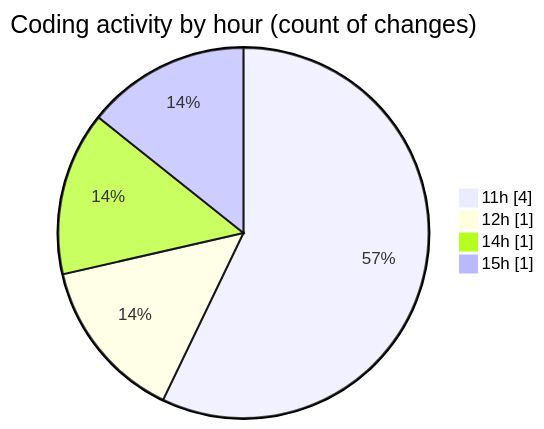
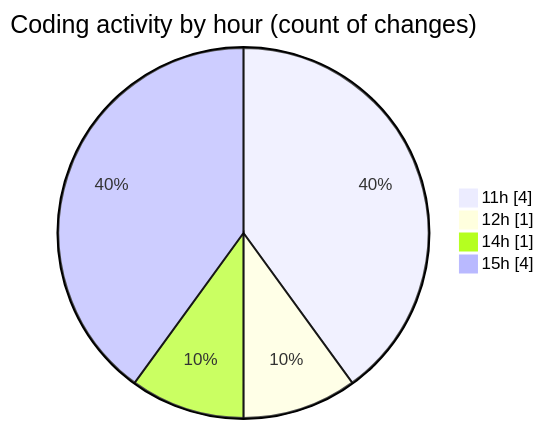
One commit to nxtqubesakshisongat/code-tracking changed the second of 2 diagrams in 2026-06-08/nxtqube_webapp/README.md. Above: the diagram before and after it, drawn with Mermaid. The commit also changed other lines of this file and 1 other file, not shown here.

````diff
--- a/2026-06-08/nxtqube_webapp/README.md
+++ b/2026-06-08/nxtqube_webapp/README.md
@@ -32,8 +32,8 @@
 ```mermaid
 pie showData
 title Coding activity by hour (count of changes)
 "11h" : 4
 "12h" : 1
 "14h" : 1
-"15h" : 1
+"15h" : 4
 ```
````
